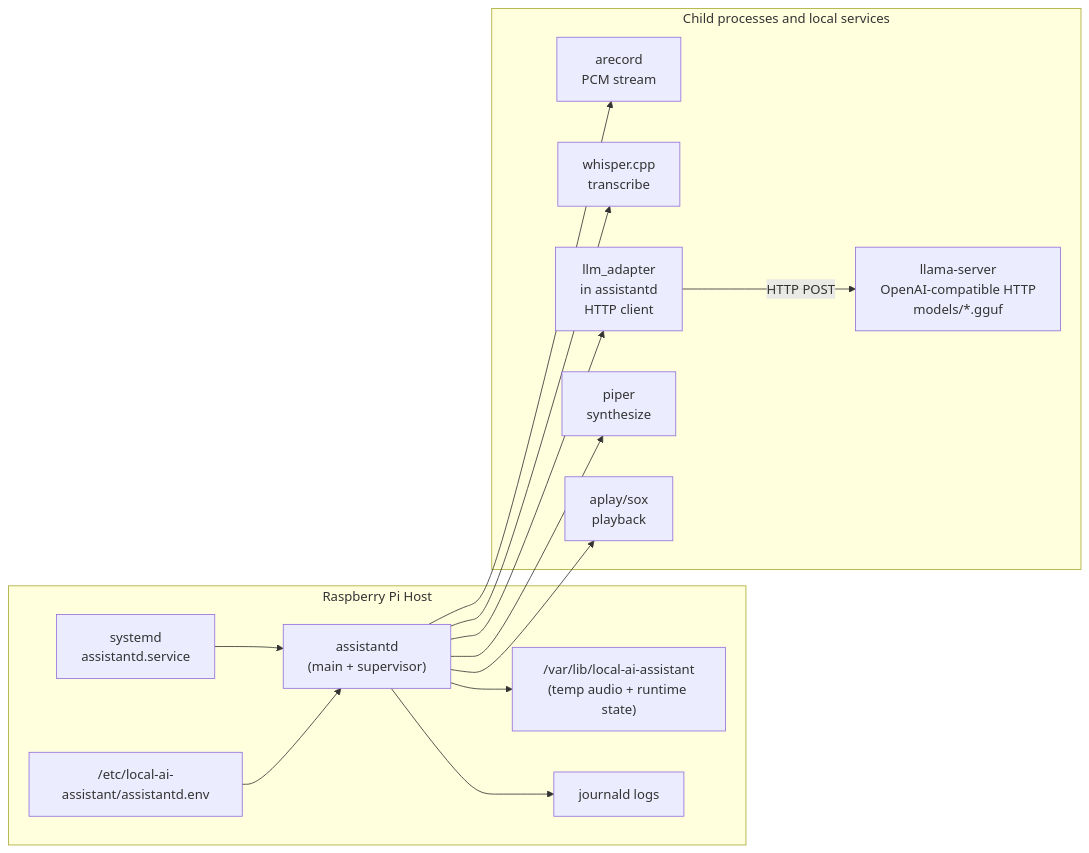
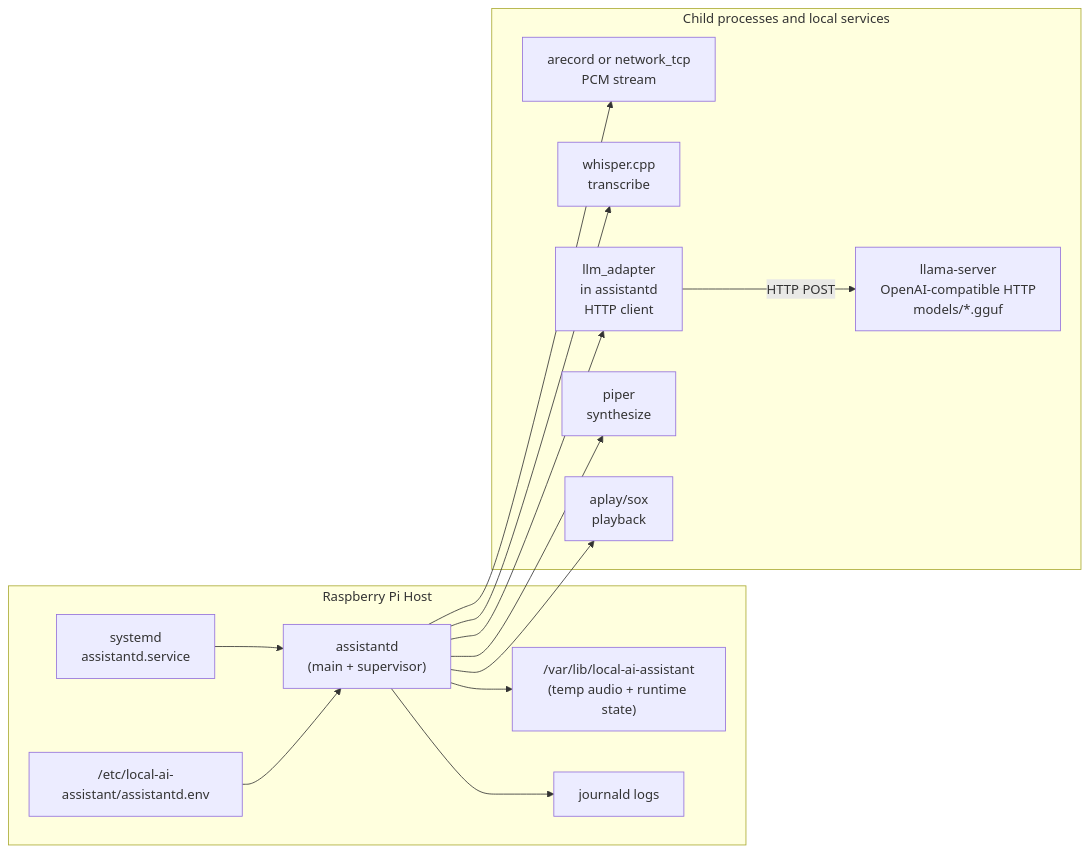
One commit to juniper-halo/shiori changed the first of 4 diagrams in HUMANS.md. Above: the diagram before and after it, drawn with Mermaid. The commit also changed other lines of this file and 24 other files, not shown here.

````diff
--- a/HUMANS.md
+++ b/HUMANS.md
@@ -29,30 +30,30 @@
 ```mermaid
 flowchart LR
     subgraph Host["Raspberry Pi Host"]
         Systemd["systemd\nassistantd.service"]
         Daemon["assistantd\n(main + supervisor)"]
         Config["/etc/local-ai-assistant/assistantd.env"]
         RuntimeDir["/var/lib/local-ai-assistant\n(temp audio + runtime state)"]
         Journal["journald logs"]
     end
 
     subgraph ChildProc["Child processes and local services"]
-        Capture["arecord\nPCM stream"]
+        Capture["arecord or network_tcp\nPCM stream"]
         STT["whisper.cpp\ntranscribe"]
         LlamaSrv["llama-server\nOpenAI-compatible HTTP\nmodels/*.gguf"]
         LLM["llm_adapter\nin assistantd\nHTTP client"]
         TTS["piper\nsynthesize"]
         Play["aplay/sox\nplayback"]
     end
 
     Systemd --> Daemon
     Config --> Daemon
     Daemon --> RuntimeDir
     Daemon --> Journal
     Daemon --> Capture
     Daemon --> STT
     Daemon --> LLM
     LLM -->|HTTP POST| LlamaSrv
     Daemon --> TTS
     Daemon --> Play
 ```
````
